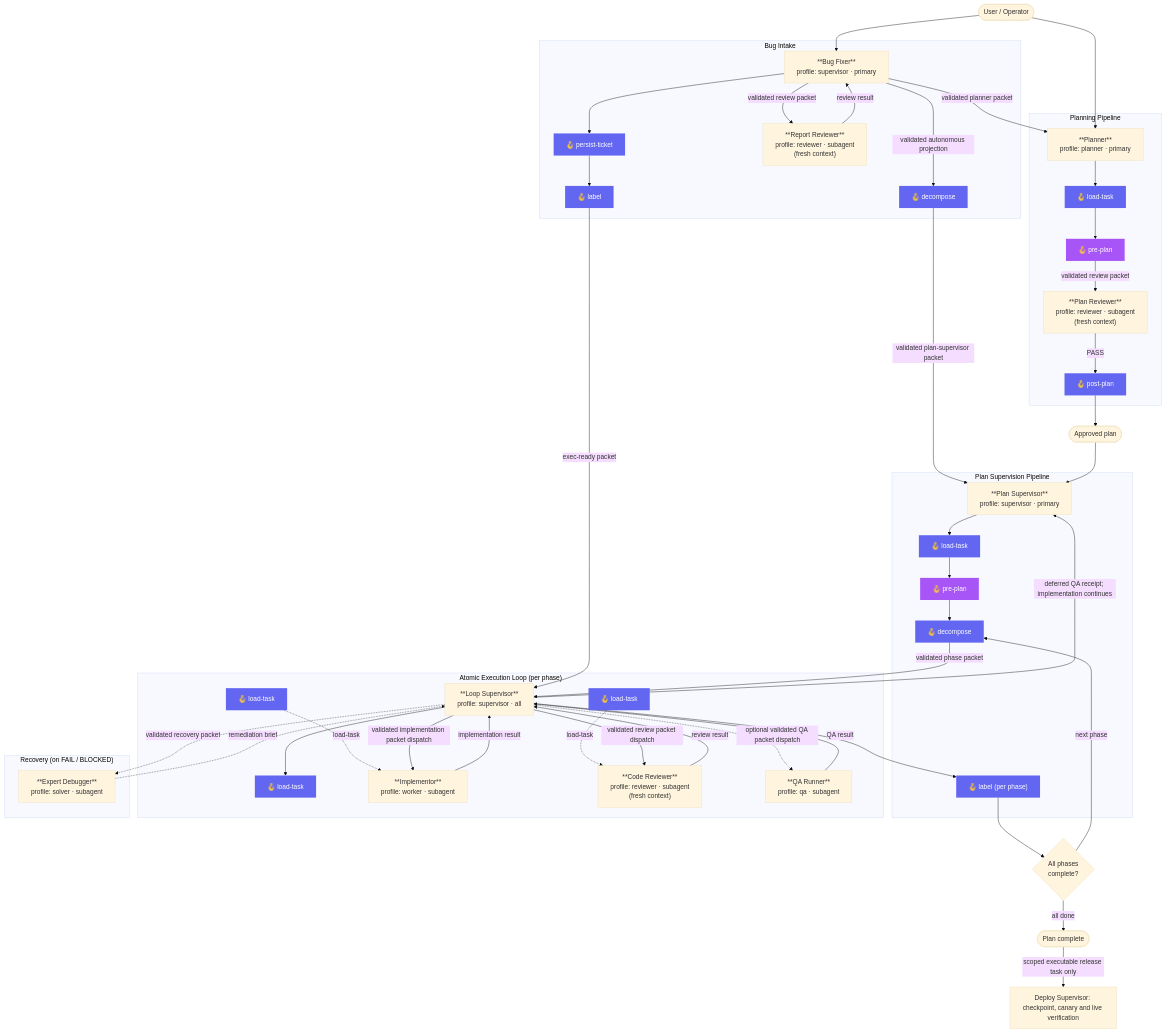
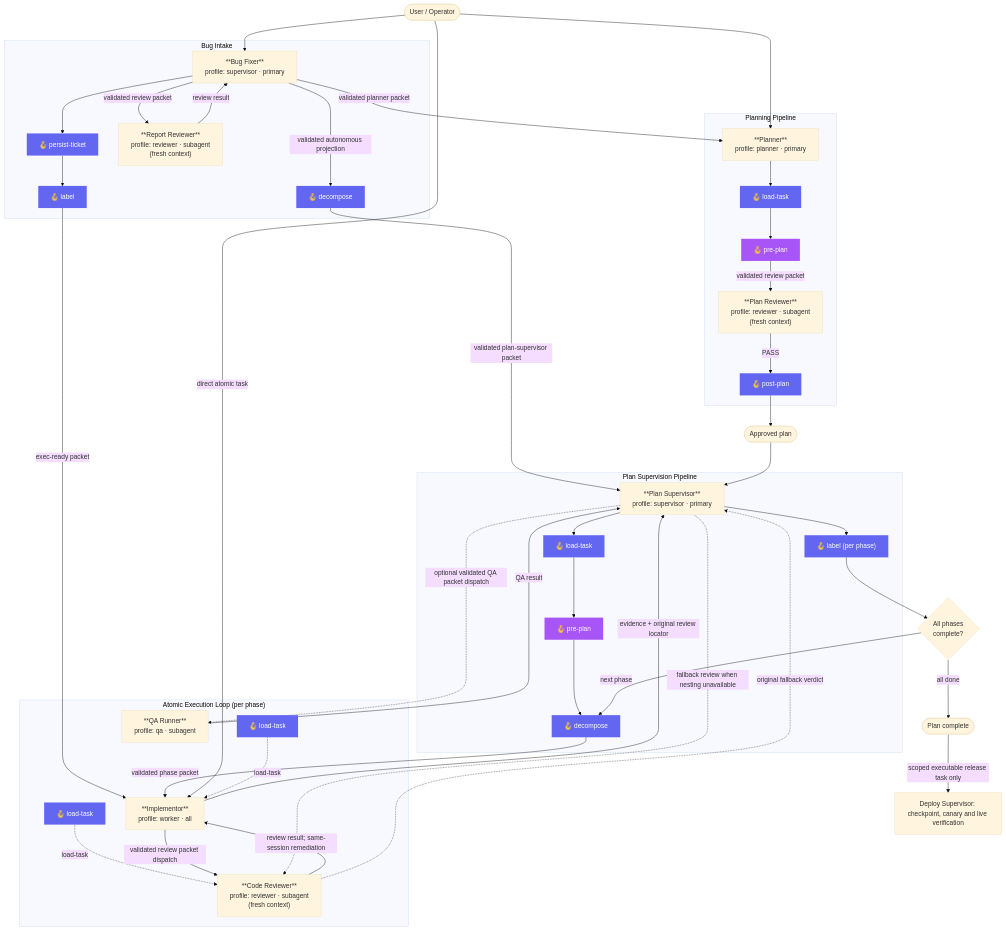
One commit to ericmaster/agent-fabric changed the diagram in docs/architecture/system-overview.md. Above: the diagram before and after it, drawn with Mermaid (base theme). The commit also changed other lines of this file and 25 other files, not shown here.

Commit message:
fix: delegate phases directly to owning implementor

````diff
--- a/docs/architecture/system-overview.md
+++ b/docs/architecture/system-overview.md
@@ -25,7 +25,7 @@
     RR -->|"review result"| BF
     BF --> H_PT --> H_LBL_BF
     BF -->|"validated planner packet"| PLANNER
-    H_LBL_BF -->|"exec-ready packet"| LSUP
+    H_LBL_BF -->|"exec-ready packet"| IMPL
     BF -->|"validated autonomous projection"| H_DEC_BF
     H_DEC_BF -->|"validated plan-supervisor packet"| PSUP
 
@@ -54,35 +54,25 @@
     PSUP --> H_LT2 --> H_PP2 --> H_DEC2
 
     subgraph "Atomic Execution Loop (per phase)"
-        LSUP["**Loop Supervisor**\nprofile: supervisor · all"]
-        H_LT3["🪝 load-task"]
-        IMPL["**Implementor**\nprofile: worker · subagent"]
+        IMPL["**Implementor**\nprofile: worker · all"]
         IMPL_H_LT["🪝 load-task"]
         CREV["**Code Reviewer**\nprofile: reviewer · subagent\n(fresh context)"]
         CREV_H_LT["🪝 load-task"]
         QAR["**QA Runner**\nprofile: qa · subagent"]
     end
 
-    H_DEC2 -->|"validated phase packet"| LSUP
-    LSUP --> H_LT3
+    H_DEC2 -->|"validated phase packet"| IMPL
+    USER -->|"direct atomic task"| IMPL
     IMPL_H_LT -.->|"load-task"| IMPL
     CREV_H_LT -.->|"load-task"| CREV
-    LSUP -->|"validated implementation packet dispatch"| IMPL
-    IMPL -->|"implementation result"| LSUP
-    LSUP -->|"validated review packet dispatch"| CREV
-    CREV -->|"review result"| LSUP
-    LSUP -.->|"optional validated QA packet dispatch"| QAR
-    QAR -->|"QA result"| LSUP
-    LSUP -->|"deferred QA receipt; implementation continues"| PSUP
-
-    subgraph "Recovery (on FAIL / BLOCKED)"
-        DBG["**Expert Debugger**\nprofile: solver · subagent"]
-    end
-
-    LSUP -.->|"validated recovery packet"| DBG
-    DBG -.->|"remediation brief"| LSUP
-
-    LSUP --> H_LBL2 --> PHASE_DONE{All phases\ncomplete?}
+    IMPL -->|"validated review packet dispatch"| CREV
+    CREV -->|"review result; same-session remediation"| IMPL
+    IMPL -->|"evidence + original review locator"| PSUP
+    PSUP -.->|"fallback review when nesting unavailable"| CREV
+    CREV -.->|"original fallback verdict"| PSUP
+    PSUP -.->|"optional validated QA packet dispatch"| QAR
+    QAR -->|"QA result"| PSUP
+    PSUP --> H_LBL2 --> PHASE_DONE{All phases\ncomplete?}
     PHASE_DONE -- "next phase" --> H_DEC2
     PHASE_DONE -- "all done" --> COMPLETE([Plan complete])
     COMPLETE -- "scoped executable release task only" --> DEPLOY[Deploy Supervisor: checkpoint, canary and live verification]
@@ -97,7 +87,6 @@
     style H_PP2 fill:#a855f7,color:#fff,stroke:none
     style H_DEC2 fill:#6366f1,color:#fff,stroke:none
     style H_LBL2 fill:#6366f1,color:#fff,stroke:none
-    style H_LT3 fill:#6366f1,color:#fff,stroke:none
     style IMPL_H_LT fill:#6366f1,color:#fff,stroke:none
     style CREV_H_LT fill:#6366f1,color:#fff,stroke:none
 ```
````
